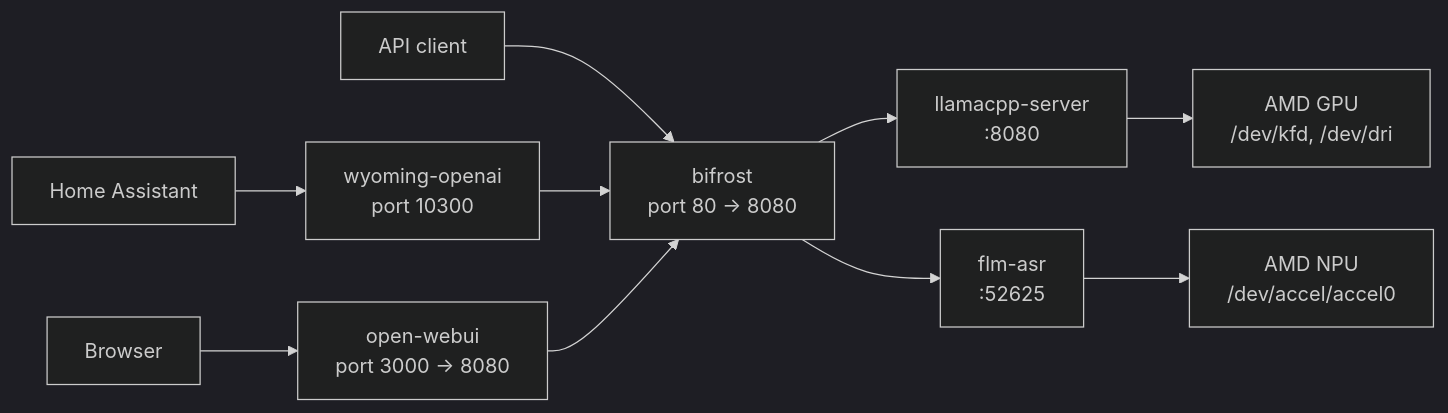
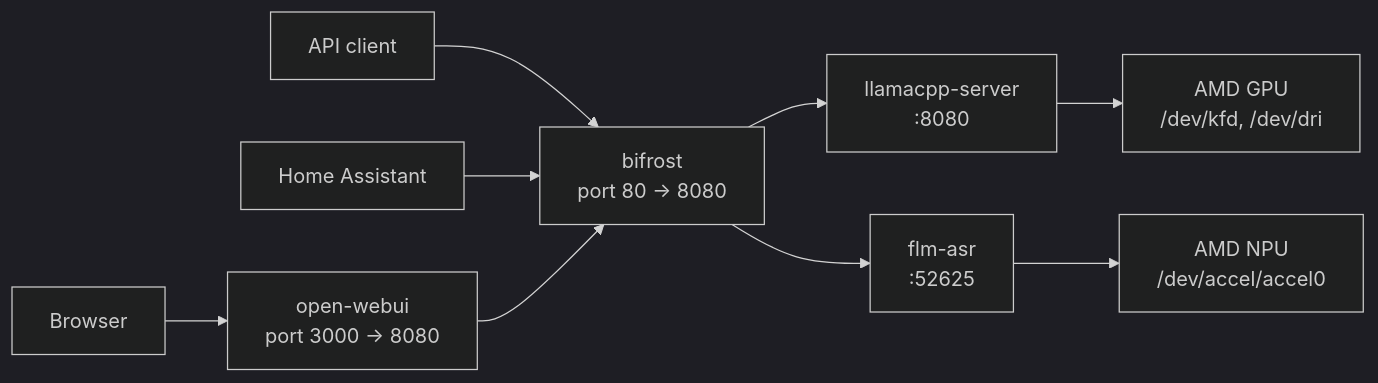
One commit to edepree/llm changed the diagram in README.md. Above: the diagram before and after it, drawn with Mermaid (dark theme). The commit also changed other lines of this file and 9 other files, not shown here.

````diff
--- a/README.md
+++ b/README.md
@@ -103,12 +116,11 @@
 ```mermaid
 flowchart LR
     CLIENT["API client"] --> BIFROST["bifrost\nport 80 → 8080"]
-    HA["Home Assistant"] --> WYOMING["wyoming-openai\nport 10300"]
-    WYOMING --> BIFROST
+    HA["Home Assistant"] --> BIFROST
     BROWSER["Browser"] --> WEBUI["open-webui\nport 3000 → 8080"]
     WEBUI --> BIFROST
     BIFROST --> LLAMA["llamacpp-server\n:8080"]
     BIFROST --> FLM["flm-asr\n:52625"]
     LLAMA --> GPU["AMD GPU\n/dev/kfd, /dev/dri"]
     FLM --> NPU["AMD NPU\n/dev/accel/accel0"]
 ```
````
